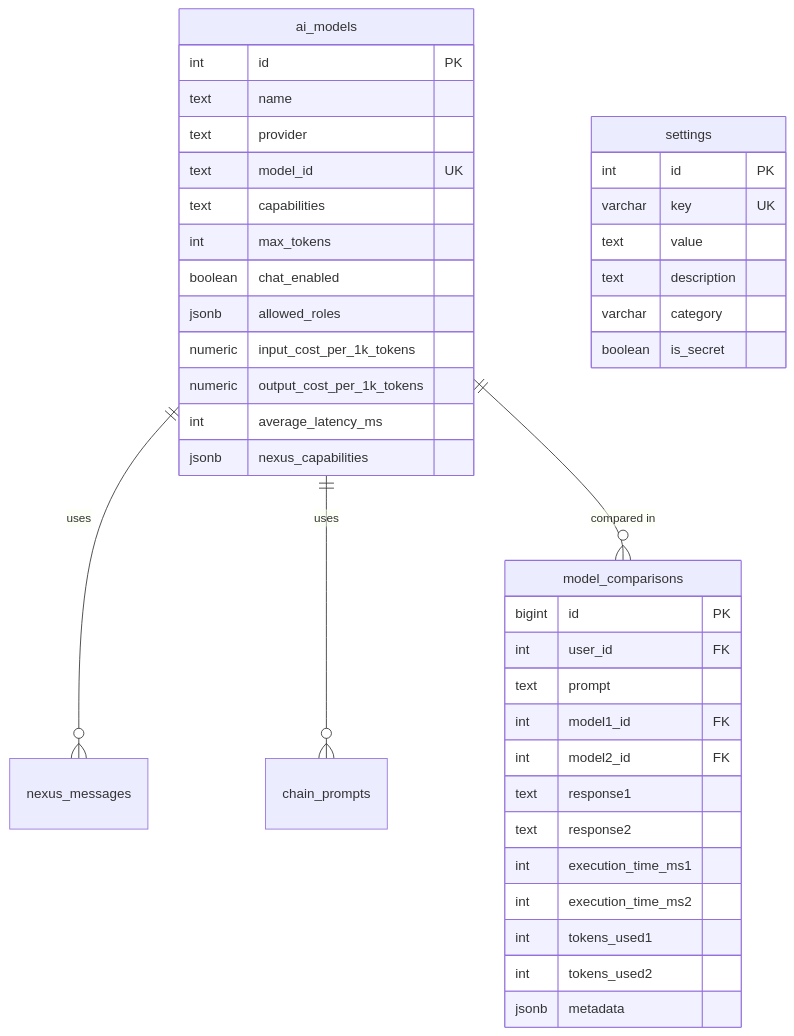
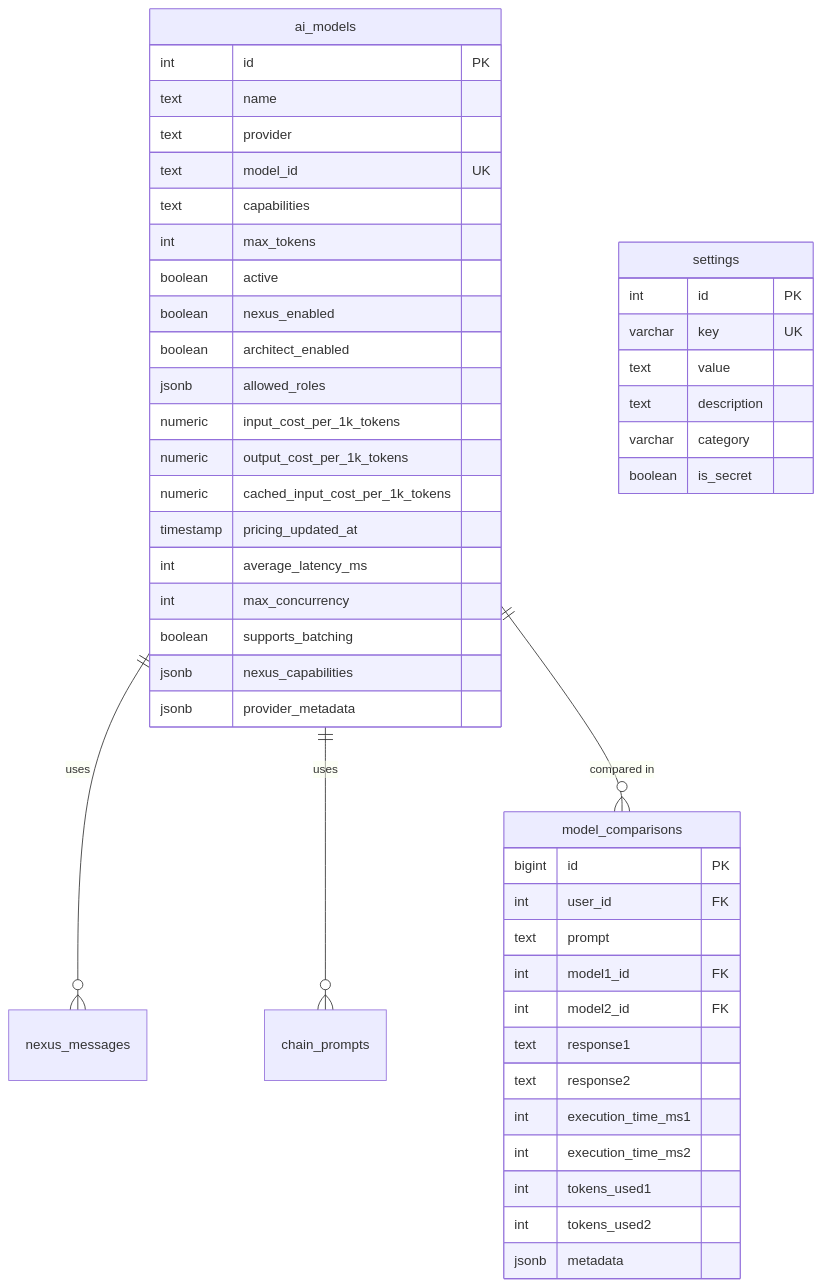
The second of 11 diagrams in docs/diagrams/04-database-erd.md (psd401/aistudio), drawn with Mermaid before and after one commit. The commit also changed 1 other file, not shown here.

Commit message:
docs: update schema documentation for chatEnabled removal
Update documentation to reflect the removal of the deprecated chatEnabled
column and the introduction of feature-specific availability flags.

## Changes

- Update database ERD to show current ai_models schema with nexusEnabled
  and architectEnabled columns instead of chatEnabled
- Add missing columns to ERD: active, pricing fields, performance fields,
  and metadata fields
- Update adding-ai-providers.md guide with corrected INSERT statement
  using new column names (nexusEnabled, architectEnabled)
- Update example Mistral provider SQL to use current NexusCapabilities
  JSON structure

Addresses review feedback in PR #597

````diff
--- a/docs/diagrams/04-database-erd.md
+++ b/docs/diagrams/04-database-erd.md
@@ -58,44 +58,51 @@
 ```mermaid
 erDiagram
     ai_models ||--o{ nexus_messages : uses
     ai_models ||--o{ chain_prompts : uses
     ai_models ||--o{ model_comparisons : "compared in"
     ai_models {
         int id PK
         text name
         text provider
         text model_id UK
         text capabilities
         int max_tokens
-        boolean chat_enabled
+        boolean active
+        boolean nexus_enabled
+        boolean architect_enabled
         jsonb allowed_roles
         numeric input_cost_per_1k_tokens
         numeric output_cost_per_1k_tokens
+        numeric cached_input_cost_per_1k_tokens
+        timestamp pricing_updated_at
         int average_latency_ms
+        int max_concurrency
+        boolean supports_batching
         jsonb nexus_capabilities
+        jsonb provider_metadata
     }
 
     model_comparisons {
         bigint id PK
         int user_id FK
         text prompt
         int model1_id FK
         int model2_id FK
         text response1
         text response2
         int execution_time_ms1
         int execution_time_ms2
         int tokens_used1
         int tokens_used2
         jsonb metadata
     }
 
     settings {
         int id PK
         varchar key UK
         text value
         text description
         varchar category
         boolean is_secret
     }
 ```
````
